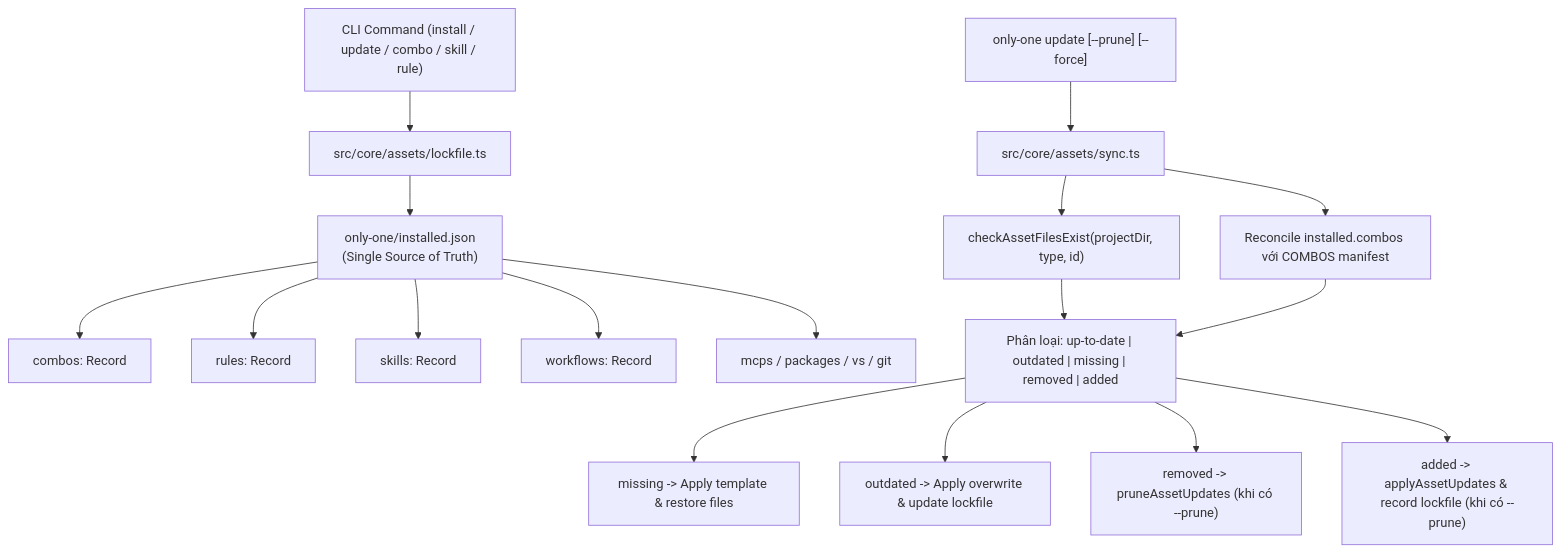
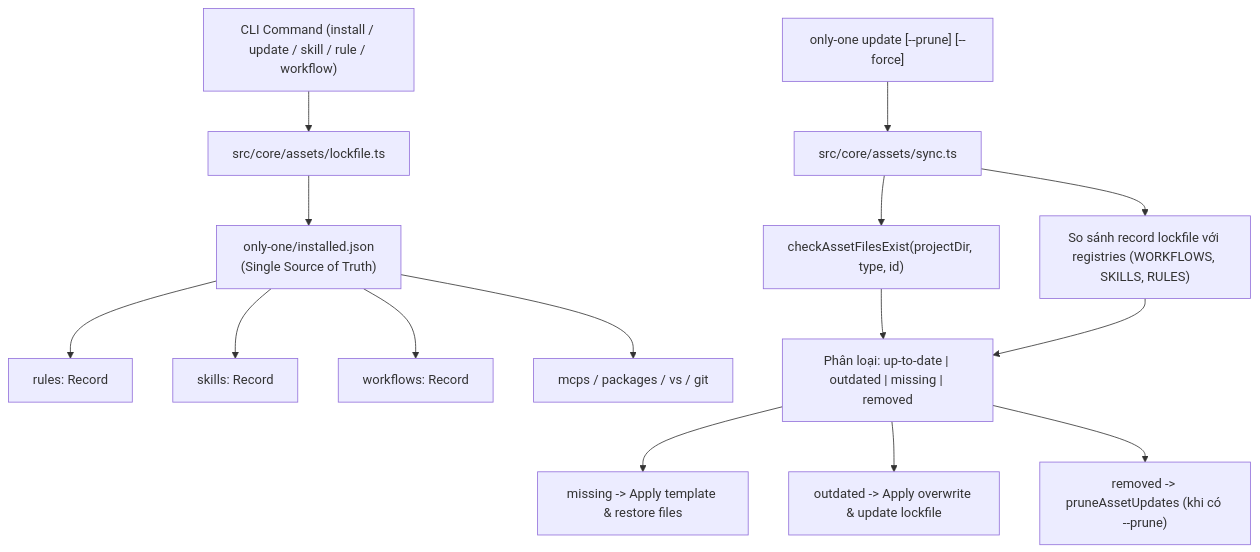
Before and after one commit to Personal-Source-SP/only-one-cli: the diagram in only-one/archives/20260917-105100-asset-versioning-and-sync-systems.md, drawn with Mermaid. The commit also changed other lines of this file and 11 other files, not shown here.

Commit message:
refactor: remove automatic syncing of newly added combo assets during updates

````diff
--- a/only-one/archives/20260917-105100-asset-versioning-and-sync-systems.md
+++ b/only-one/archives/20260917-105100-asset-versioning-and-sync-systems.md
@@ -46,19 +44,17 @@
 ```mermaid
 flowchart TD
-    CLI["CLI Command (install / update / combo / skill / rule)"] --> LockfileMgr["src/core/assets/lockfile.ts"]
+    CLI["CLI Command (install / update / skill / rule / workflow)"] --> LockfileMgr["src/core/assets/lockfile.ts"]
     LockfileMgr --> SingleLock["only-one/installed.json\n(Single Source of Truth)"]
-    SingleLock --> CombosState["combos: Record<string, InstalledAssetRecord>"]
     SingleLock --> RulesState["rules: Record<string, InstalledAssetRecord>"]
     SingleLock --> SkillsState["skills: Record<string, InstalledAssetRecord & { remote?: RemoteSkillLockMeta } >"]
     SingleLock --> WorkflowsState["workflows: Record<string, InstalledAssetRecord>"]
     SingleLock --> OtherState["mcps / packages / vs / git"]
     
     UpdateCmd["only-one update [--prune] [--force]"] --> SyncEngine["src/core/assets/sync.ts"]
     SyncEngine --> CheckDisk["checkAssetFilesExist(projectDir, type, id)"]
-    SyncEngine --> CheckCombos["Reconcile installed.combos với COMBOS manifest"]
-    CheckDisk & CheckCombos --> Compare["Phân loại: up-to-date | outdated | missing | removed | added"]
+    SyncEngine --> CheckManifests["So sánh record lockfile với registries (WORKFLOWS, SKILLS, RULES)"]
+    CheckDisk & CheckManifests --> Compare["Phân loại: up-to-date | outdated | missing | removed"]
     Compare --> AutoRestore["missing -> Apply template & restore files"]
     Compare --> Reconcile["outdated -> Apply overwrite & update lockfile"]
     Compare --> PruneOrphan["removed -> pruneAssetUpdates (khi có --prune)"]
-    Compare --> InstallAdded["added -> applyAssetUpdates & record lockfile (khi có --prune)"]
 ```
````
